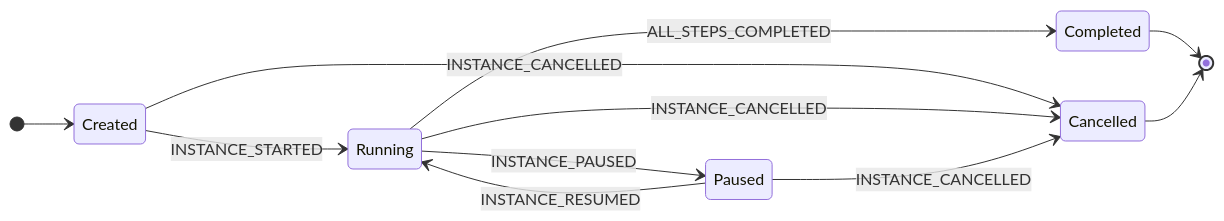
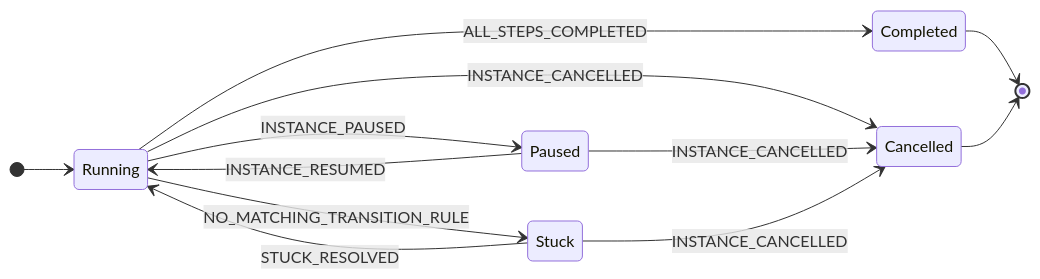
Before and after one commit to lukexodus/batac-dms: the second of 3 diagrams in docs/pre-development/D-uml-and-diagrams/d3-state-machine-diagrams.md, drawn with Mermaid. The commit also changed other lines of this file and 10 other files, not shown here.

````diff
--- a/docs/pre-development/D-uml-and-diagrams/d3-state-machine-diagrams.md
+++ b/docs/pre-development/D-uml-and-diagrams/d3-state-machine-diagrams.md
@@ -142,25 +157,26 @@
 ```mermaid
 stateDiagram-v2
     direction LR
 
-    state "Created" as Created
     state "Running" as Running
     state "Paused" as Paused
+    state "Stuck" as Stuck
     state "Completed" as Completed
     state "Cancelled" as Cancelled
 
-    [*] --> Created
-
-    Created --> Running : INSTANCE_STARTED
-    Created --> Cancelled : INSTANCE_CANCELLED
+    [*] --> Running
 
     Running --> Paused : INSTANCE_PAUSED
+    Running --> Stuck : NO_MATCHING_TRANSITION_RULE
     Running --> Completed : ALL_STEPS_COMPLETED
     Running --> Cancelled : INSTANCE_CANCELLED
 
     Paused --> Running : INSTANCE_RESUMED
     Paused --> Cancelled : INSTANCE_CANCELLED
 
+    Stuck --> Running : STUCK_RESOLVED
+    Stuck --> Cancelled : INSTANCE_CANCELLED
+
     Completed --> [*]
     Cancelled --> [*]
 ```
````
